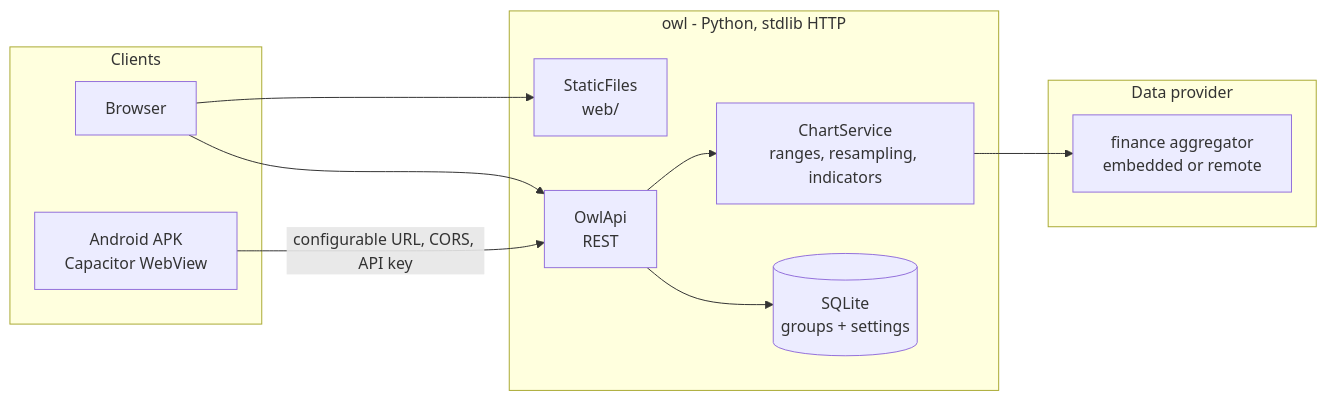
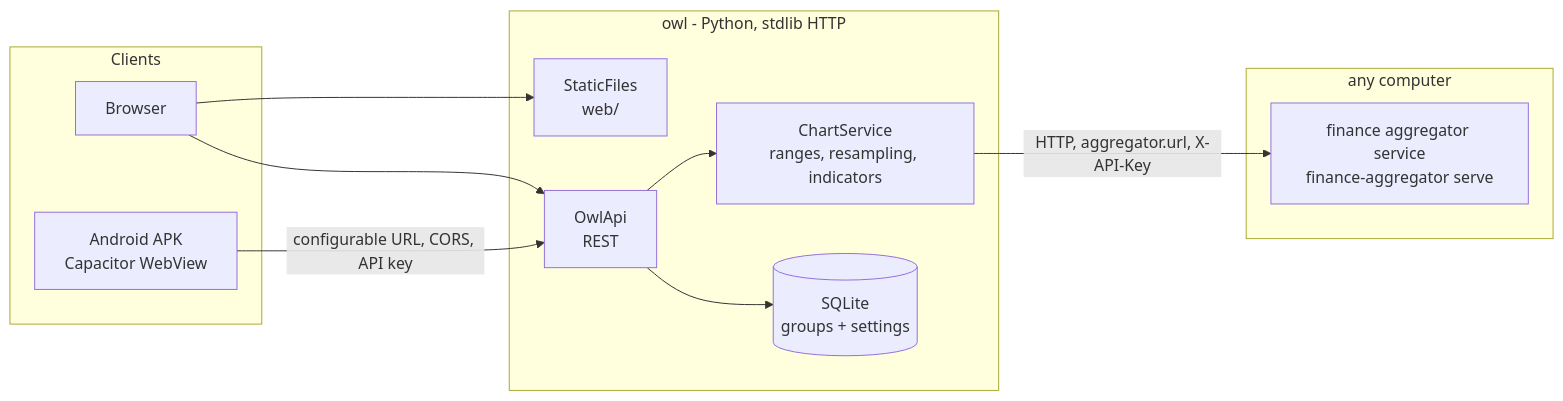
The diagram in consumers/owl/README.md (kiveishy/finance), drawn with Mermaid before and after one commit. The commit also changed other lines of this file and 27 other files, not shown here.

````diff
--- a/consumers/owl/README.md
+++ b/consumers/owl/README.md
@@ -29,21 +31,21 @@
 ```mermaid
 flowchart LR
     subgraph Clients
         B[Browser]
         A[Android APK<br/>Capacitor WebView]
     end
     subgraph Owl server [owl - Python, stdlib HTTP]
         S[StaticFiles<br/>web/]
         API[OwlApi<br/>REST]
         CH[ChartService<br/>ranges, resampling, indicators]
         WL[(SQLite<br/>groups + settings)]
     end
-    subgraph Data provider
-        AGG[finance aggregator<br/>embedded or remote]
+    subgraph Data provider [any computer]
+        AGG[finance aggregator service<br/>finance-aggregator serve]
     end
     B --> S
     B --> API
     A -- configurable URL, CORS, API key --> API
     API --> WL
-    API --> CH --> AGG
+    API --> CH -- HTTP, aggregator.url, X-API-Key --> AGG
 ```
````
